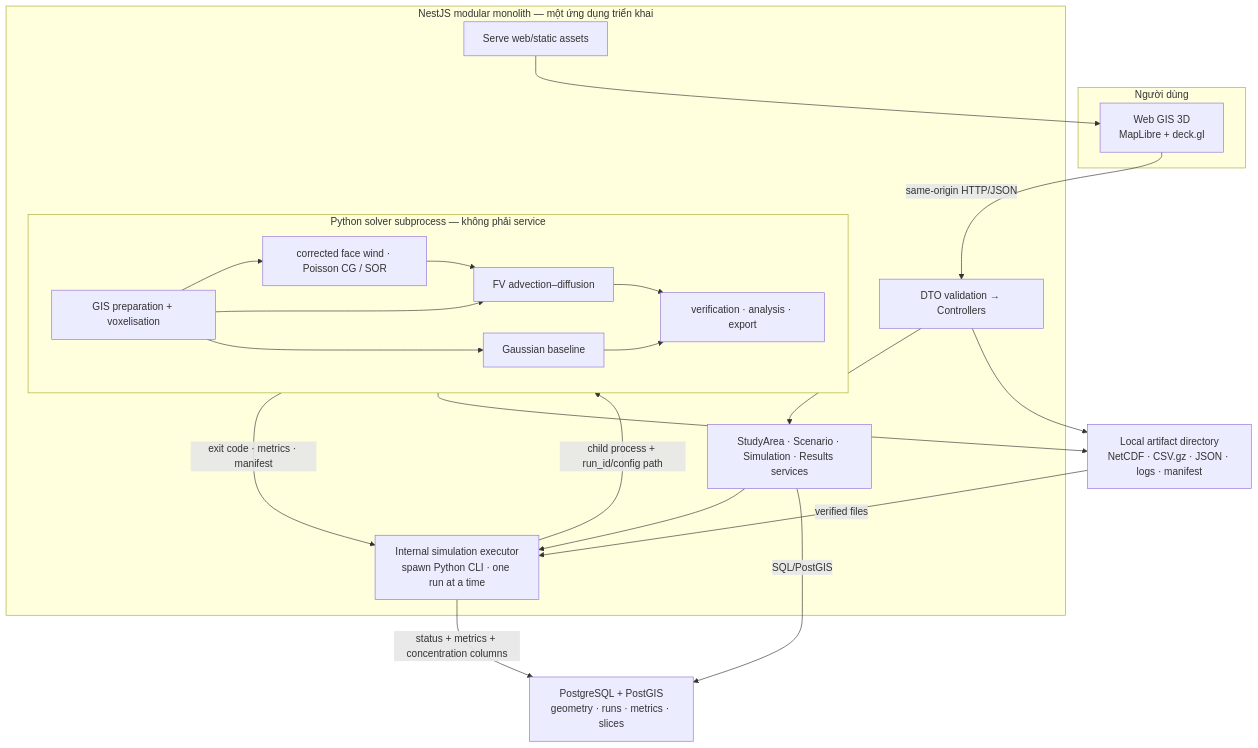
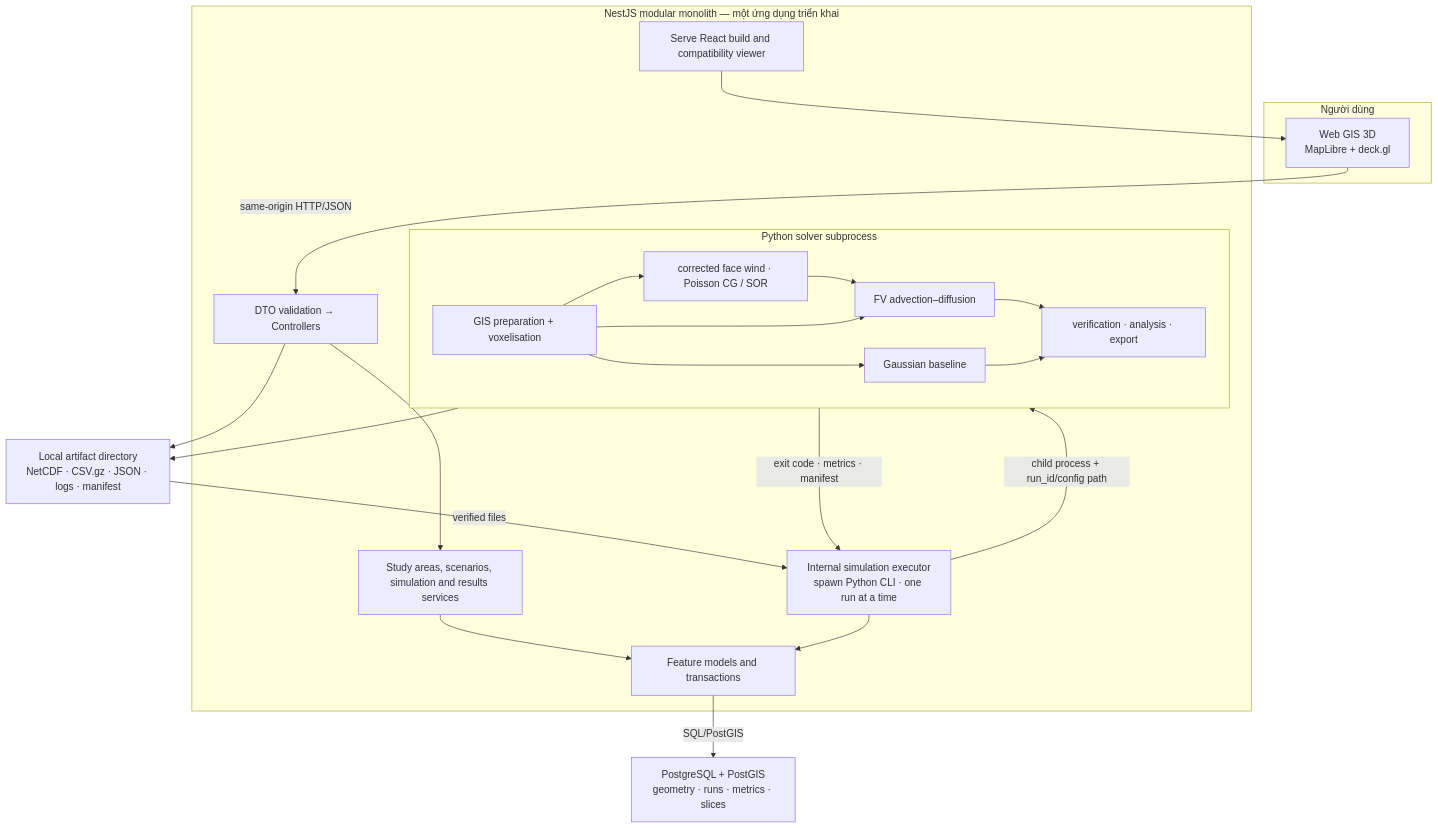
Before and after one commit to TamNgx179/IE402_Voxel-air-dispersion: the second of 5 diagrams in docs/ARCHITECTURE.md, drawn with Mermaid. The commit also changed other lines of this file and 11 other files, not shown here.

Commit message:
docs: update architecture, sequence diagrams and verification guides

````diff
--- a/docs/ARCHITECTURE.md
+++ b/docs/ARCHITECTURE.md
@@ -50,41 +50,42 @@
 ```mermaid
 flowchart TB
     subgraph USERS["Người dùng"]
         WEB["Web GIS 3D<br/>MapLibre + deck.gl"]
     end
 
     subgraph APP["NestJS modular monolith — một ứng dụng triển khai"]
         API["DTO validation → Controllers"]
-        DOMAIN["StudyArea · Scenario · Simulation · Results services"]
+        DOMAIN["Study areas, scenarios, simulation and results services"]
+        MODEL["Feature models and transactions"]
         EXEC["Internal simulation executor<br/>spawn Python CLI · one run at a time"]
-        STATIC["Serve web/static assets"]
+        STATIC["Serve React build and compatibility viewer"]
         API --> DOMAIN
-        DOMAIN --> EXEC
+        DOMAIN --> MODEL
+        EXEC --> MODEL
         STATIC --> WEB
-        subgraph PY["Python solver subprocess — không phải service"]
+        subgraph PY["Python solver subprocess"]
             VOX["GIS preparation + voxelisation"]
             WIND["corrected face wind · Poisson CG / SOR"]
             TR["FV advection–diffusion"]
             GAU["Gaussian baseline"]
             AN["verification · analysis · export"]
             VOX --> WIND
             VOX --> GAU
             WIND --> TR
             VOX --> TR
             TR --> AN
             GAU --> AN
         end
     end
 
     PG["PostgreSQL + PostGIS<br/>geometry · runs · metrics · slices"]
     ART["Local artifact directory<br/>NetCDF · CSV.gz · JSON · logs · manifest"]
 
     WEB -->|"same-origin HTTP/JSON"| API
-    DOMAIN -->|"SQL/PostGIS"| PG
+    MODEL -->|"SQL/PostGIS"| PG
     EXEC -->|"child process + run_id/config path"| PY
     PY -->|"exit code · metrics · manifest"| EXEC
     PY --> ART
     ART -->|"verified files"| EXEC
-    EXEC -->|"status + metrics + concentration columns"| PG
     API --> ART
 ```
````
